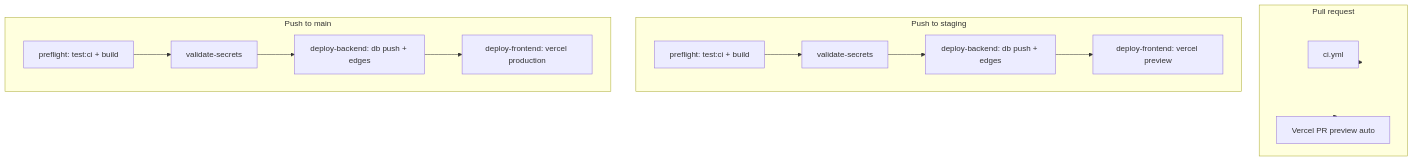
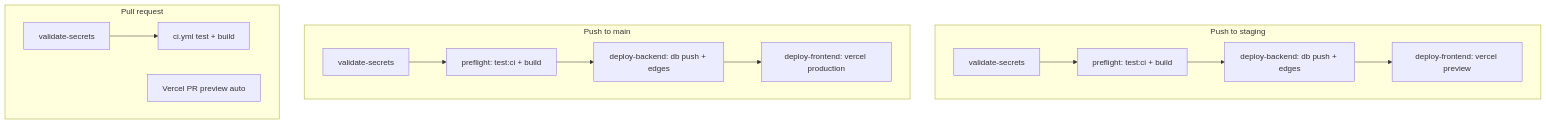
Before and after one commit to Angelguirao/holzen: the diagram in docs/ops/cicd-overview.md, drawn with Mermaid. The commit also changed other lines of this file and 6 other files, not shown here.

````diff
--- a/docs/ops/cicd-overview.md
+++ b/docs/ops/cicd-overview.md
@@ -24,26 +24,25 @@
 ```mermaid
 flowchart TB
-  subgraph pr [Pull request]
-    CI[ci.yml]
-    VP[Vercel PR preview auto]
-  end
-
   subgraph stg [Push to staging]
+    SV[validate-secrets]
     SP[preflight: test:ci + build]
-    SV[validate-secrets]
     SB[deploy-backend: db push + edges]
     SF[deploy-frontend: vercel preview]
-    SP --> SV --> SB --> SF
+    SV --> SP --> SB --> SF
   end
 
   subgraph prod [Push to main]
+    PV[validate-secrets]
     PP[preflight: test:ci + build]
-    PV[validate-secrets]
     PB[deploy-backend: db push + edges]
     PF[deploy-frontend: vercel production]
-    PP --> PV --> PB --> PF
+    PV --> PP --> PB --> PF
   end
 
-  pr --> CI
-  pr --> VP
+  subgraph pr [Pull request]
+    VS[validate-secrets]
+    CI[ci.yml test + build]
+    VP[Vercel PR preview auto]
+    VS --> CI
+  end
 ```
````
